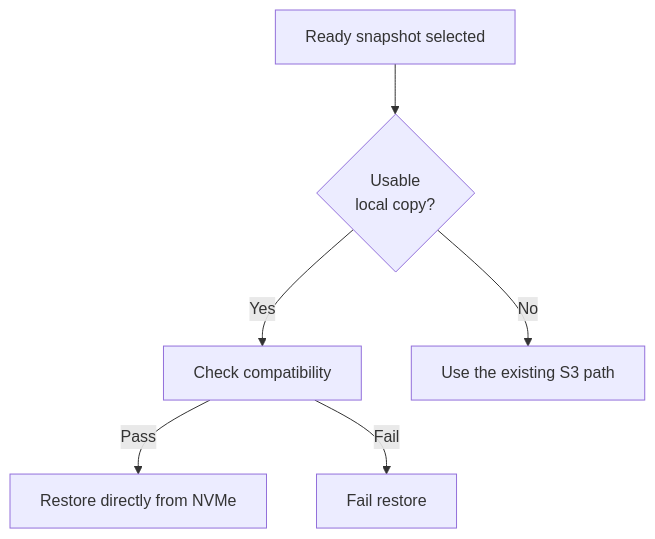
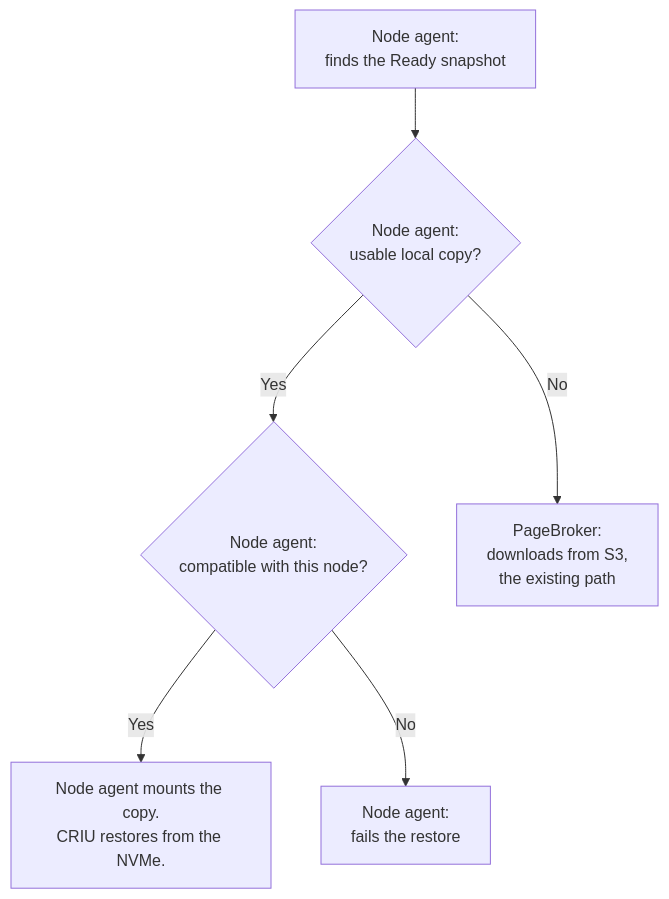
One commit to ai-dynamo/snapshot changed the first of 7 diagrams in docs/design/644-node-cache/README.md. Above: the diagram before and after it, drawn with Mermaid. The commit also changed other lines of this file, not shown here.

First line of the commit message:
docs(snep): name the deciding component in the restore source diagram

````diff
--- a/docs/design/644-node-cache/README.md
+++ b/docs/design/644-node-cache/README.md
@@ -253,8 +235,8 @@
 ```mermaid
 flowchart TD
-    A["Ready snapshot selected"] --> B{"Usable<br/>local copy?"}
-    B -->|"Yes"| C["Check compatibility"]
-    C -->|"Pass"| D["Restore directly from NVMe"]
-    C -->|"Fail"| E["Fail restore"]
-    B -->|"No"| F["Use the existing S3 path"]
+    A["Node agent:<br/>finds the Ready snapshot"] --> B{"Node agent:<br/>usable local copy?"}
+    B -->|"Yes"| C{"Node agent:<br/>compatible with this node?"}
+    C -->|"Yes"| D["Node agent mounts the copy.<br/>CRIU restores from the NVMe."]
+    C -->|"No"| E["Node agent:<br/>fails the restore"]
+    B -->|"No"| F["PageBroker:<br/>downloads from S3,<br/>the existing path"]
 ```
````
